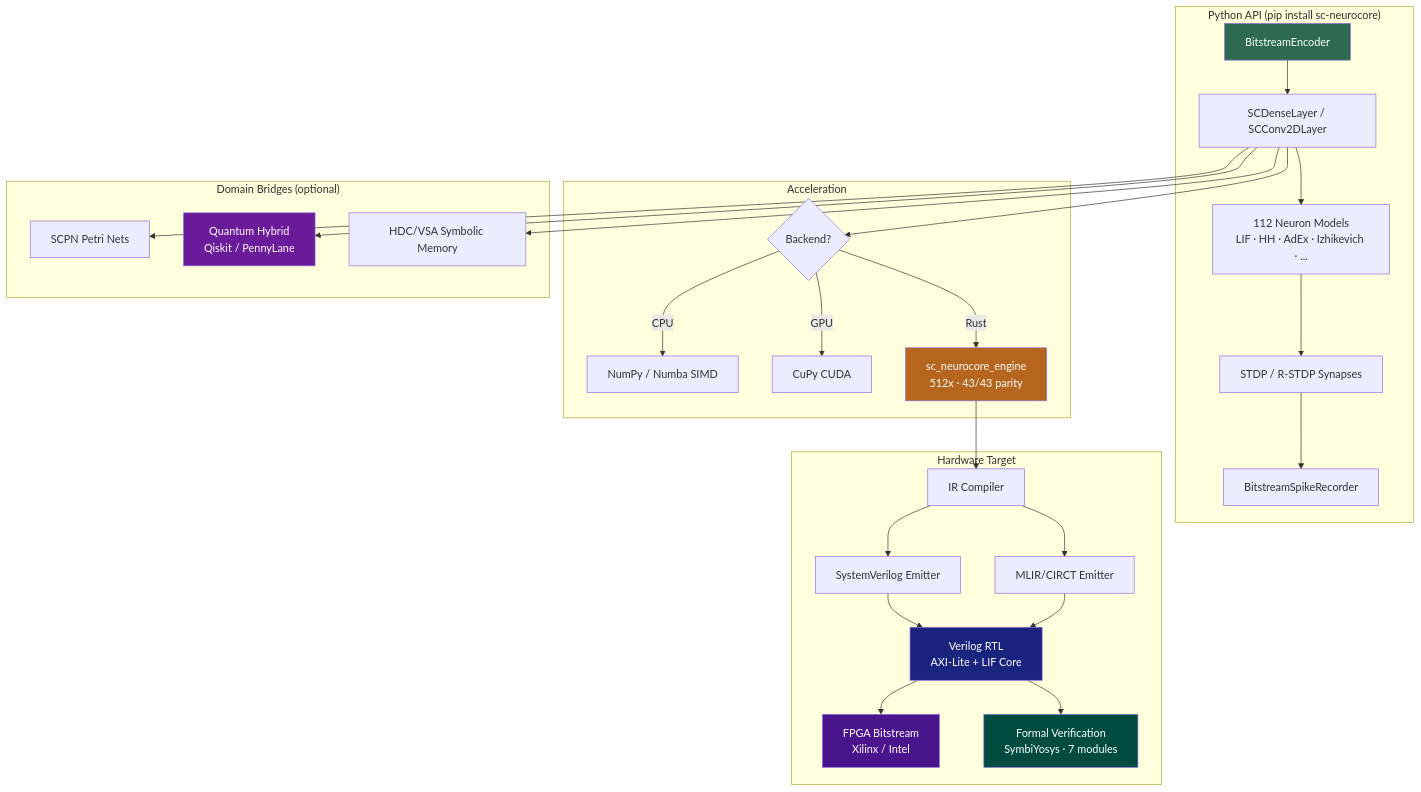
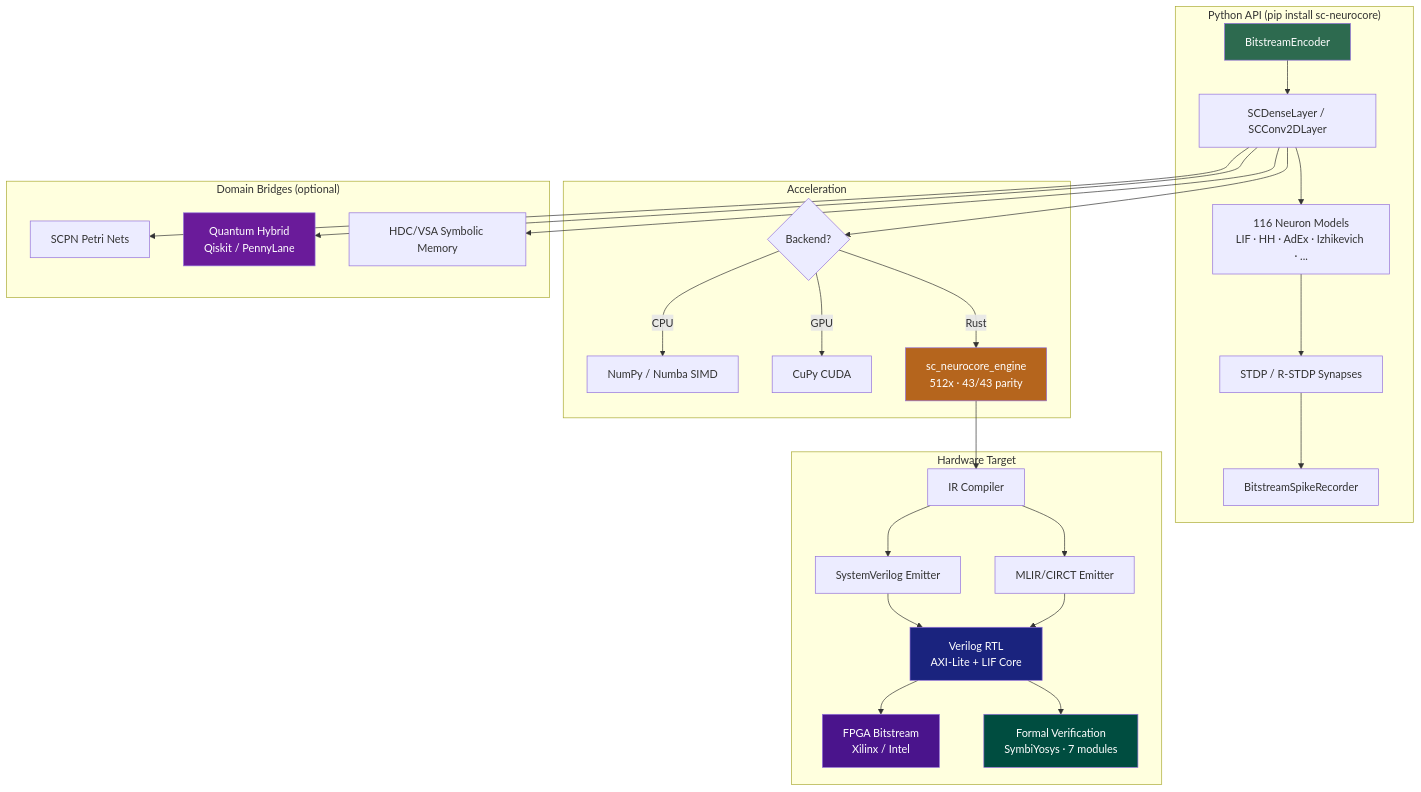
One commit to anulum/sc-neurocore changed the diagram in README.md. Above: the diagram before and after it, drawn with Mermaid. The commit also changed other lines of this file and 10 other files, not shown here.

First line of the commit message:
feat: 116 neuron models — complete neuroscience catalogue

````diff
--- a/README.md
+++ b/README.md
@@ -145,39 +145,39 @@
 ```mermaid
 graph TD
     subgraph "Python API (pip install sc-neurocore)"
         A[BitstreamEncoder] --> B[SCDenseLayer / SCConv2DLayer]
-        B --> C[112 Neuron Models<br/>LIF · HH · AdEx · Izhikevich · ...]
+        B --> C[116 Neuron Models<br/>LIF · HH · AdEx · Izhikevich · ...]
         C --> D[STDP / R-STDP Synapses]
         D --> E[BitstreamSpikeRecorder]
     end
 
     subgraph "Acceleration"
         B --> F{Backend?}
         F -->|CPU| G[NumPy / Numba SIMD]
         F -->|GPU| H[CuPy CUDA]
         F -->|Rust| I[sc_neurocore_engine<br/>512x · 43/43 parity]
     end
 
     subgraph "Hardware Target"
         I --> J[IR Compiler]
         J --> K[SystemVerilog Emitter]
         J --> K2[MLIR/CIRCT Emitter]
         K --> L[Verilog RTL<br/>AXI-Lite + LIF Core]
         K2 --> L
         L --> M[FPGA Bitstream<br/>Xilinx / Intel]
         L --> V[Formal Verification<br/>SymbiYosys · 7 modules]
     end
 
     subgraph "Domain Bridges (optional)"
         B --> N[SCPN Petri Nets]
         B --> O[Quantum Hybrid<br/>Qiskit / PennyLane]
         B --> P[HDC/VSA Symbolic Memory]
     end
 
     style A fill:#2d6a4f,color:#fff
     style I fill:#b5651d,color:#fff
     style L fill:#1a237e,color:#fff
     style M fill:#4a148c,color:#fff
     style O fill:#6a1b9a,color:#fff
     style V fill:#004d40,color:#fff
 ```
````
